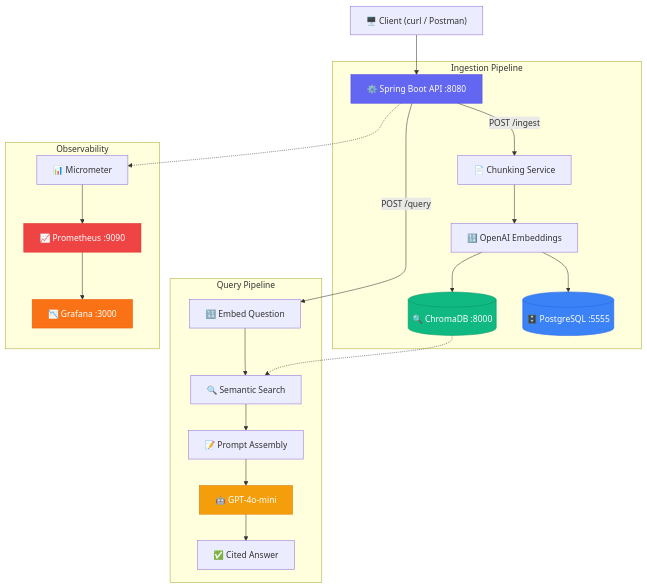
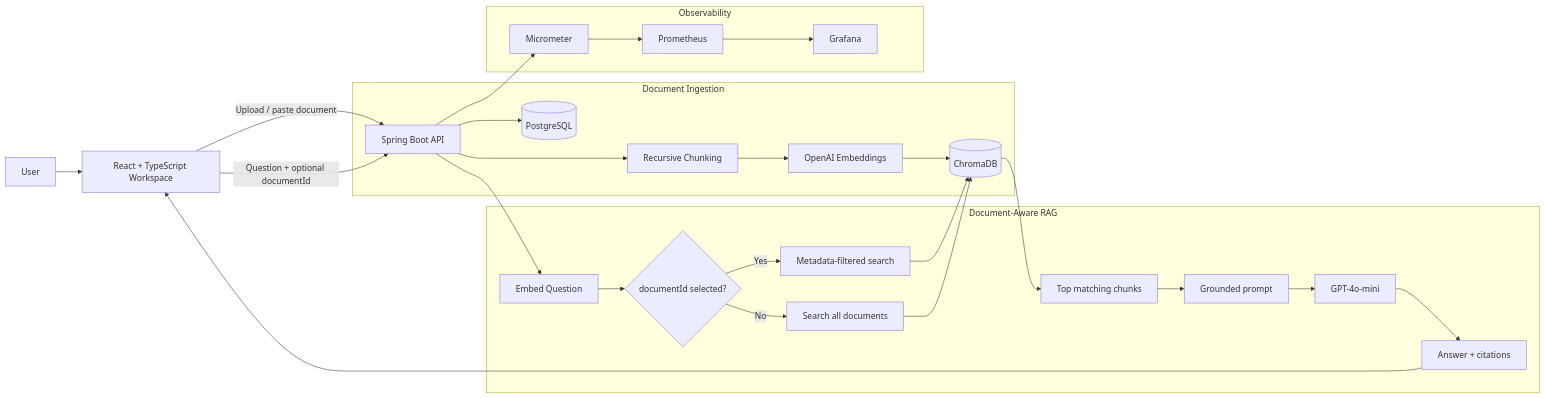
One commit to gauri2029/docuquery changed the first of 2 diagrams in README.md. Above: the diagram before and after it, drawn with Mermaid. The commit also changed other lines of this file, not shown here.

````diff
--- a/README.md
+++ b/README.md
@@ -16,33 +123,35 @@
 ```mermaid
-graph TB
-    Client["🖥️ Client (curl / Postman)"] --> API["⚙️ Spring Boot API :8080"]
-    
-    subgraph "Ingestion Pipeline"
-        API -->|"POST /ingest"| Chunk["📄 Chunking Service"]
-        Chunk --> Embed["🔢 OpenAI Embeddings"]
-        Embed --> ChromaDB[("🔍 ChromaDB :8000")]
-        Embed --> Postgres[("🗄️ PostgreSQL :5555")]
-    end
-    
-    subgraph "Query Pipeline"
-        API -->|"POST /query"| EmbedQ["🔢 Embed Question"]
-        EmbedQ --> Search["🔍 Semantic Search"]
-        ChromaDB -.-> Search
-        Search --> Prompt["📝 Prompt Assembly"]
-        Prompt --> LLM["🤖 GPT-4o-mini"]
-        LLM --> Answer["✅ Cited Answer"]
-    end
-    
-    subgraph "Observability"
-        API -.-> Metrics["📊 Micrometer"]
-        Metrics --> Prometheus["📈 Prometheus :9090"]
-        Prometheus --> Grafana["📉 Grafana :3000"]
+flowchart LR
+    User["User"] --> UI["React + TypeScript Workspace"]
+
+    UI -->|"Upload / paste document"| API["Spring Boot API"]
+    UI -->|"Question + optional documentId"| API
+
+    subgraph Ingestion["Document Ingestion"]
+        API --> Chunk["Recursive Chunking"]
+        Chunk --> Embed["OpenAI Embeddings"]
+        Embed --> Vector[("ChromaDB")]
+        API --> Metadata[("PostgreSQL")]
     end
 
-    style API fill:#6366f1,stroke:#4f46e5,color:#fff
-    style ChromaDB fill:#10b981,stroke:#059669,color:#fff
-    style Postgres fill:#3b82f6,stroke:#2563eb,color:#fff
-    style LLM fill:#f59e0b,stroke:#d97706,color:#fff
-    style Prometheus fill:#ef4444,stroke:#dc2626,color:#fff
-    style Grafana fill:#f97316,stroke:#ea580c,color:#fff
+    subgraph Retrieval["Document-Aware RAG"]
+        API --> QEmbed["Embed Question"]
+        QEmbed --> Filter{"documentId selected?"}
+        Filter -->|"Yes"| Scoped["Metadata-filtered search"]
+        Filter -->|"No"| Global["Search all documents"]
+        Scoped --> Vector
+        Global --> Vector
+        Vector --> Context["Top matching chunks"]
+        Context --> Prompt["Grounded prompt"]
+        Prompt --> LLM["GPT-4o-mini"]
+        LLM --> Answer["Answer + citations"]
+    end
+
+    Answer --> UI
+
+    subgraph Observability["Observability"]
+        API --> Metrics["Micrometer"]
+        Metrics --> Prometheus["Prometheus"]
+        Prometheus --> Grafana["Grafana"]
+    end
 ```
````
